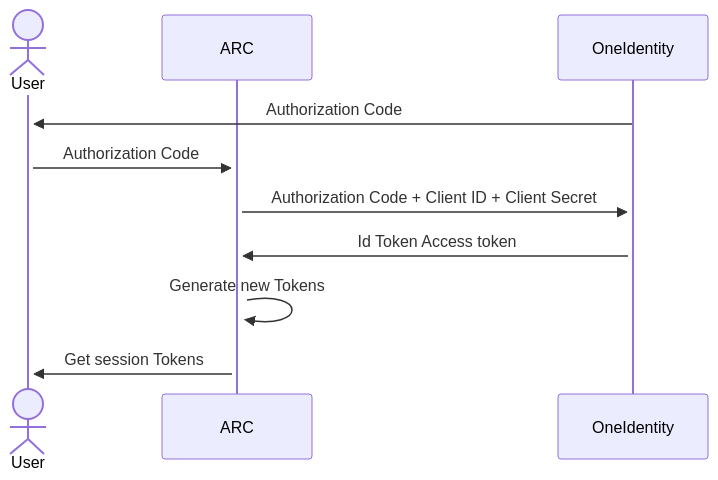
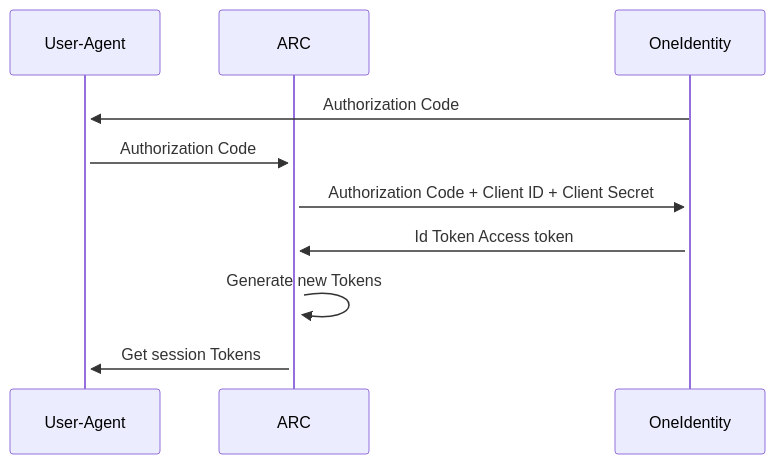
The diagram in design/arc/oneidentity-integration/sequnce_diagram_token.mmd (pagopa/p4pa-doc), drawn with Mermaid before and after one commit. The commit also changed 5 other files, not shown here.

Commit message:
P4PU-171 updated sequence with user agent as partecipant not actor

```diff
--- a/design/arc/oneidentity-integration/sequnce_diagram_token.mmd
+++ b/design/arc/oneidentity-integration/sequnce_diagram_token.mmd
@@ -1,12 +1,12 @@
 sequenceDiagram
 
-    actor User
+    participant User-Agent
     participant ARC
     participant OneIdentity
 
-    OneIdentity ->>+ User: Authorization Code
-    User ->>+ ARC: Authorization Code
+    OneIdentity ->>+ User-Agent: Authorization Code
+    User-Agent ->>+ ARC: Authorization Code
     ARC ->>+ OneIdentity: Authorization Code + Client ID + Client Secret
     OneIdentity ->>+ ARC: Id Token Access token
     ARC ->> ARC: Generate new Tokens
-    ARC ->>+ User: Get session Tokens
+    ARC ->>+ User-Agent: Get session Tokens
```
